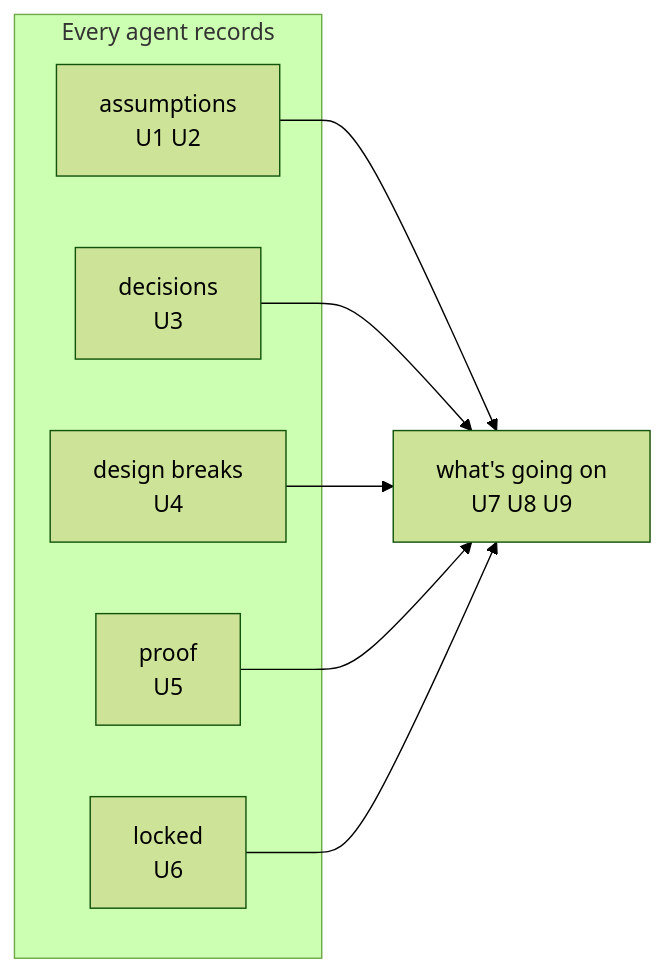
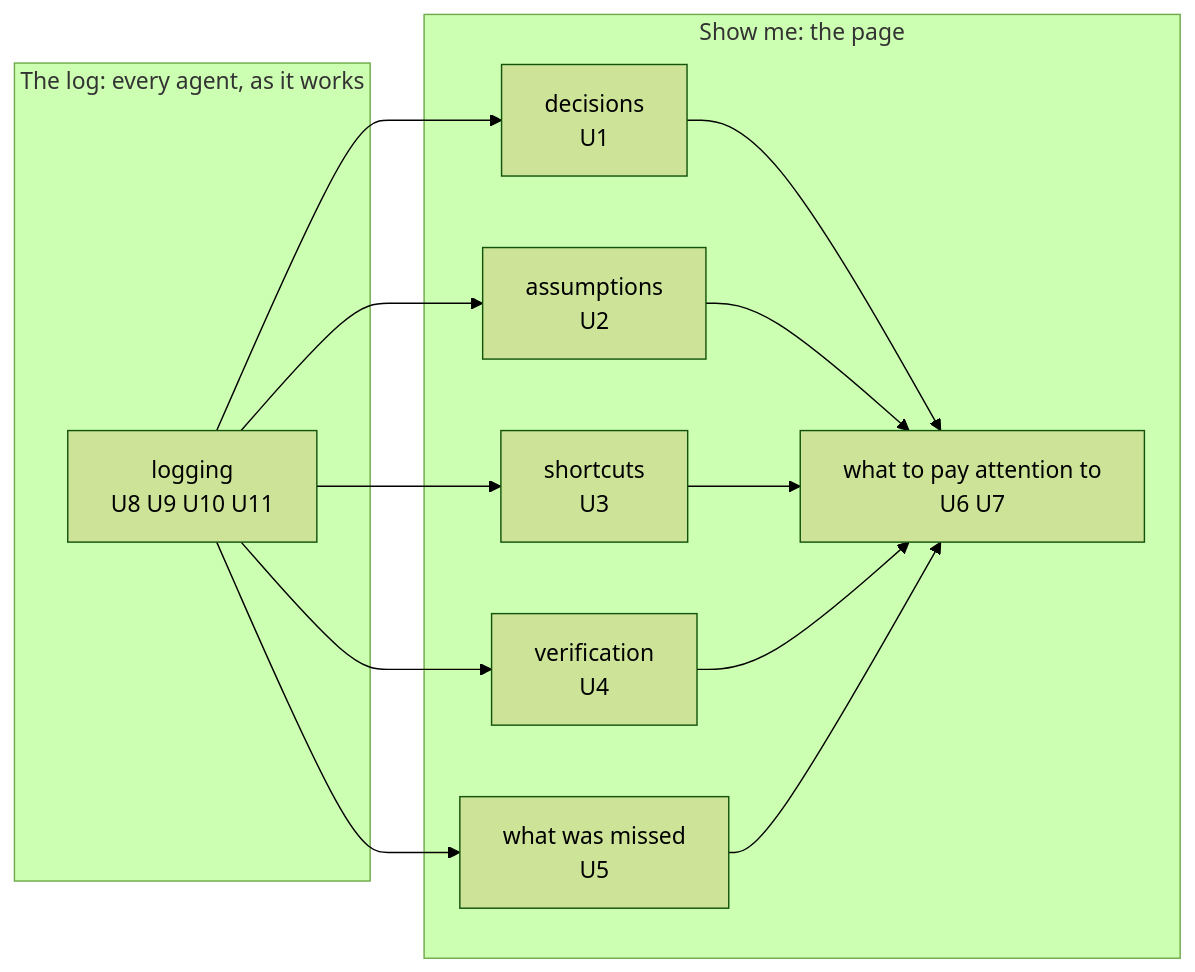
The diagram in docs/wip/skills-authoring/2026-11-06-show-me-your-work-record/requirements.md (ShravanSunder/sunstack), drawn with Mermaid (forest theme) before and after one commit. The commit also changed other lines of this file and 2 other files, not shown here.

Commit message:
docs(smyw-record): Requirements around the owner's confirmed model: log and show-me parts, decisions/assumptions/shortcuts/verification/missed, Router work trail as the log

````diff
--- a/docs/wip/skills-authoring/2026-11-06-show-me-your-work-record/requirements.md
+++ b/docs/wip/skills-authoring/2026-11-06-show-me-your-work-record/requirements.md
@@ -70,16 +77,24 @@
 ```mermaid
 flowchart LR
-  subgraph record["Every agent records"]
-    A["assumptions<br/>U1 U2"]
-    D["decisions<br/>U3"]
-    B["design breaks<br/>U4"]
-    P["proof<br/>U5"]
-    L["locked<br/>U6"]
+  subgraph log["The log: every agent, as it works"]
+    G["logging<br/>U8 U9 U10 U11"]
   end
-  W["what's going on<br/>U7 U8 U9"]
-  A --> W
-  D --> W
-  B --> W
-  P --> W
-  L --> W
+  subgraph show["Show me: the page"]
+    D["decisions<br/>U1"]
+    A["assumptions<br/>U2"]
+    S["shortcuts<br/>U3"]
+    V["verification<br/>U4"]
+    M["what was missed<br/>U5"]
+    T["what to pay attention to<br/>U6 U7"]
+  end
+  G --> D
+  G --> A
+  G --> S
+  G --> V
+  G --> M
+  D --> T
+  A --> T
+  S --> T
+  V --> T
+  M --> T
 ```
````
